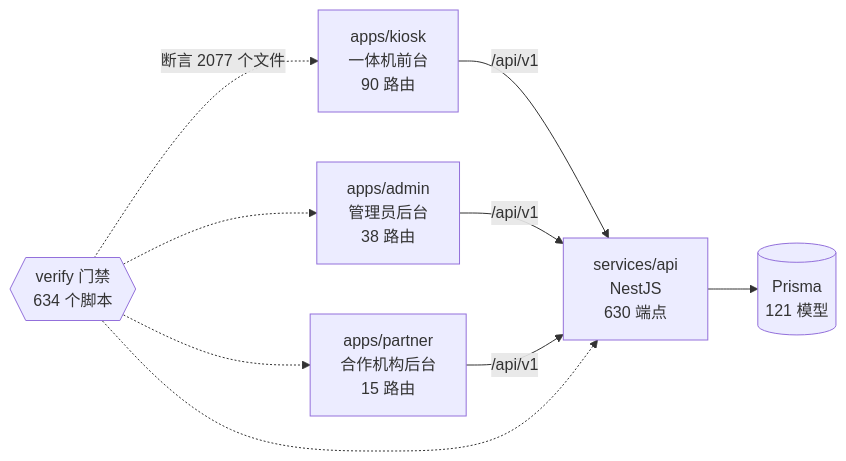
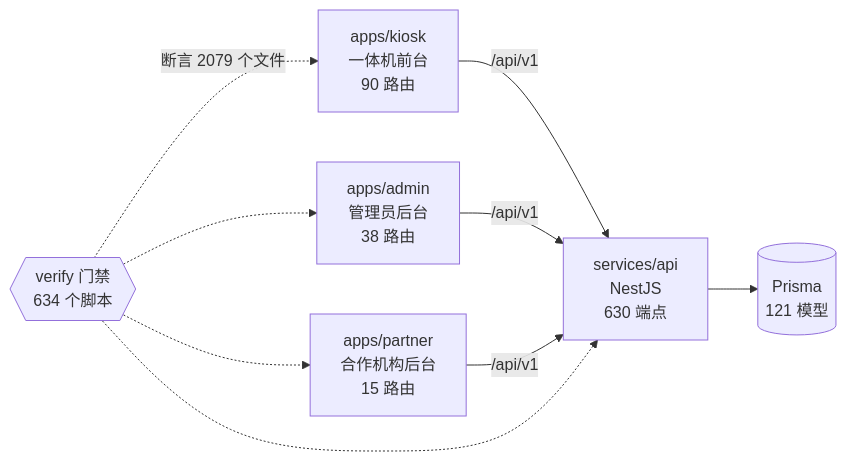
Before and after one commit to wanglei581/YITIJI: the diagram in docs/graph/README.md, drawn with Mermaid. The commit also changed other lines of this file and 3 other files, not shown here.

Commit message:
docs(progress)：K1b 条目写明重复请求缺陷已修与游客三条出路，图谱按新增文件重出

````diff
--- a/docs/graph/README.md
+++ b/docs/graph/README.md
@@ -68,18 +68,18 @@
 ```mermaid
 flowchart LR
   kiosk["apps/kiosk<br/>一体机前台<br/>90 路由"]
   admin["apps/admin<br/>管理员后台<br/>38 路由"]
   partner["apps/partner<br/>合作机构后台<br/>15 路由"]
   api["services/api<br/>NestJS<br/>630 端点"]
   db[("Prisma<br/>121 模型")]
   gates{{"verify 门禁<br/>634 个脚本"}}
 
   kiosk -->|"/api/v1"| api
   admin -->|"/api/v1"| api
   partner -->|"/api/v1"| api
   api --> db
-  gates -.->|"断言 2077 个文件"| kiosk
+  gates -.->|"断言 2079 个文件"| kiosk
   gates -.-> admin
   gates -.-> partner
   gates -.-> api
 ```
````
